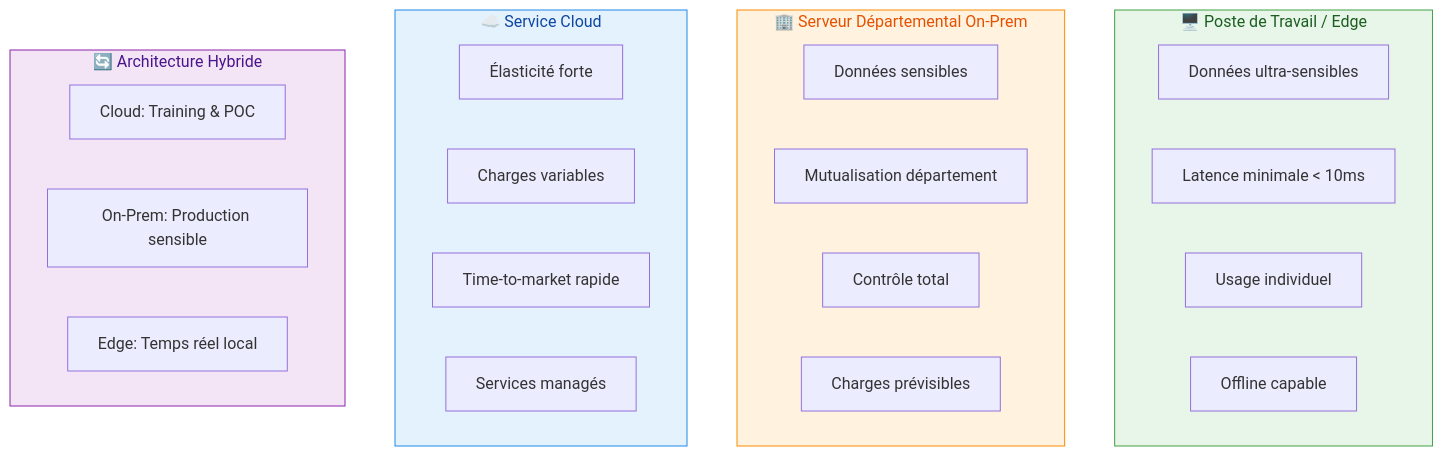
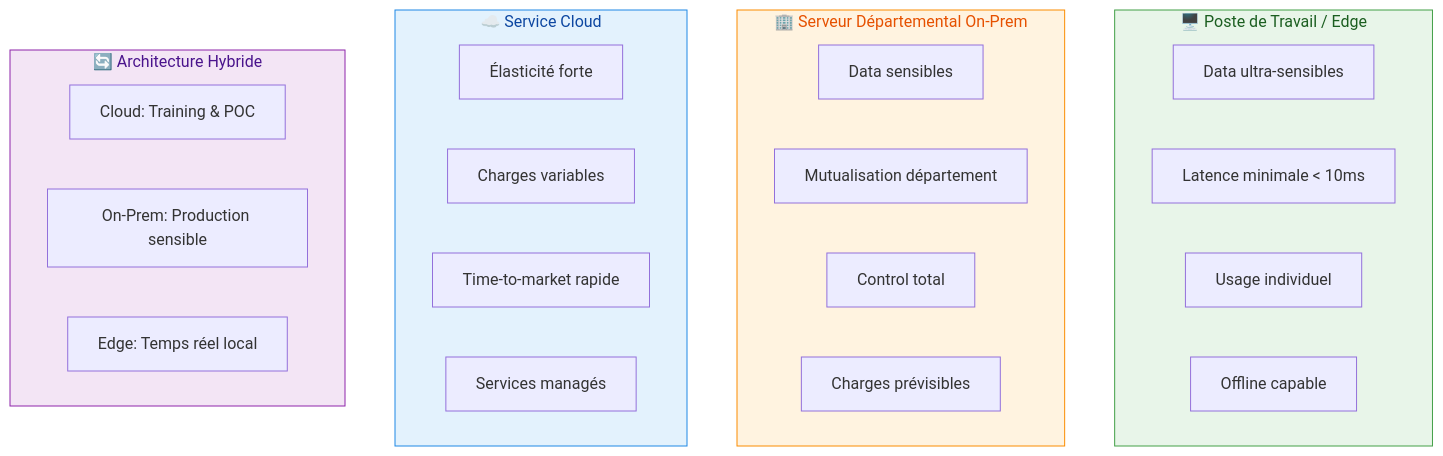
The diagram in docs/infrastructure/deployment-models.md (brunseba/ai-tech-watch), drawn with Mermaid before and after one commit. The commit also changed other lines of this file and 22 other files, not shown here.

````diff
--- a/docs/infrastructure/deployment-models.md
+++ b/docs/infrastructure/deployment-models.md
@@ -70,34 +70,34 @@
 ```mermaid
 graph TB
     subgraph Edge["🖥️ Poste de Travail / Edge"]
-        E1[Données ultra-sensibles]
+        E1[Data ultra-sensibles]
         E2[Latence minimale < 10ms]
         E3[Usage individuel]
         E4[Offline capable]
     end
     
     subgraph OnPrem["🏢 Serveur Départemental On-Prem"]
-        O1[Données sensibles]
+        O1[Data sensibles]
         O2[Mutualisation département]
-        O3[Contrôle total]
+        O3[Control total]
         O4[Charges prévisibles]
     end
     
     subgraph Cloud["☁️ Service Cloud"]
         C1[Élasticité forte]
         C2[Charges variables]
         C3[Time-to-market rapide]
         C4[Services managés]
     end
     
     subgraph Hybrid["🔄 Architecture Hybride"]
         H1[Cloud: Training & POC]
         H2[On-Prem: Production sensible]
         H3[Edge: Temps réel local]
     end
     
     style Edge fill:#e8f5e9,stroke:#43a047,color:#1b5e20
     style OnPrem fill:#fff3e0,stroke:#fb8c00,color:#e65100
     style Cloud fill:#e3f2fd,stroke:#1e88e5,color:#0d47a1
     style Hybrid fill:#f3e5f5,stroke:#8e24aa,color:#4a148c
 ```
````
